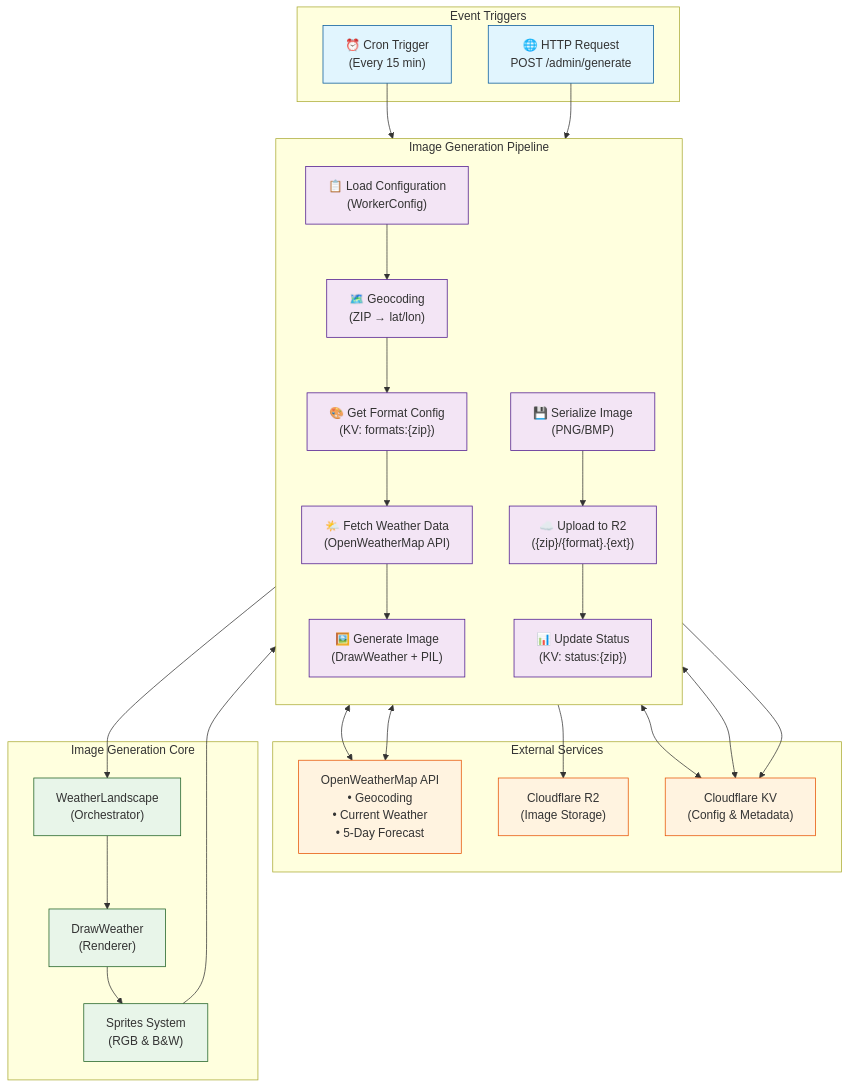
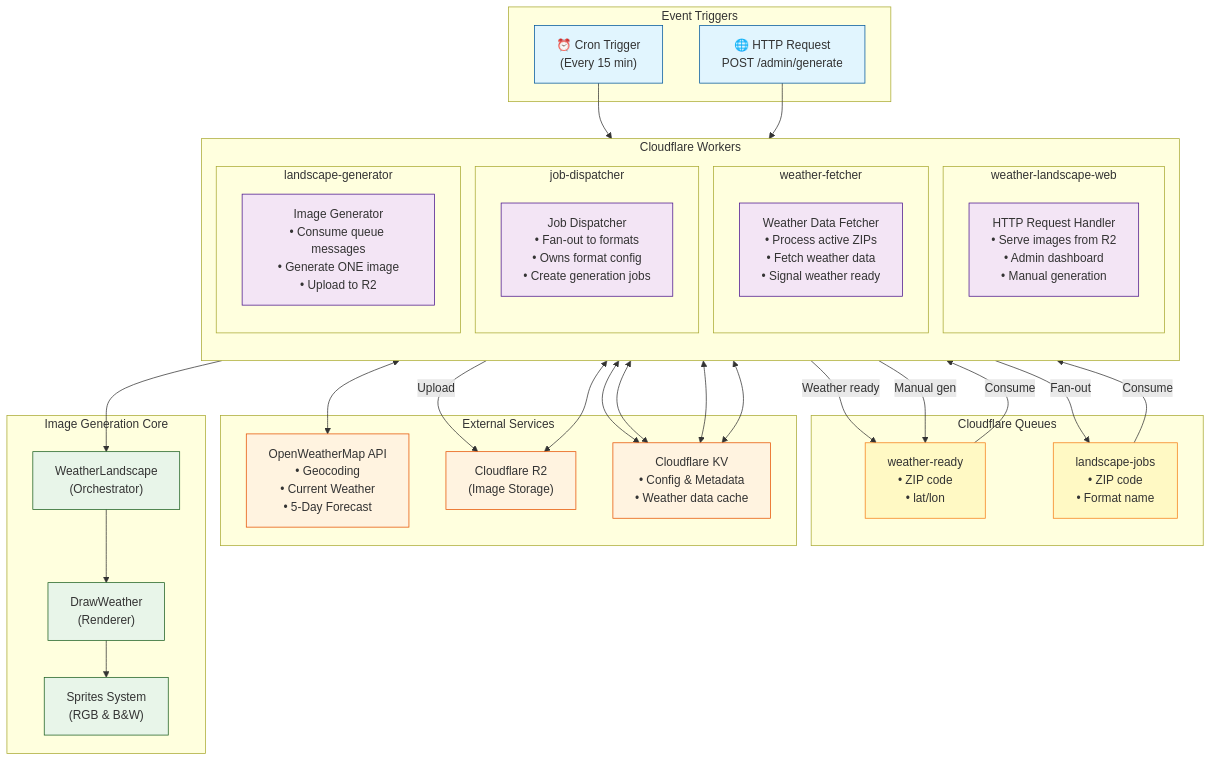
The first of 3 diagrams in src/README.md (NetfallNetworks/weather_landscape), drawn with Mermaid before and after one commit. The commit also changed other lines of this file and 130 other files, not shown here.

Commit message:
feat: rearchitect the image generation pipeline (#14)

````diff
--- a/src/README.md
+++ b/src/README.md
@@ -15,22 +15,35 @@
         HTTP["🌐 HTTP Request<br/>POST /admin/generate"]
     end
 
-    subgraph Pipeline["Image Generation Pipeline"]
+    subgraph Workers["Cloudflare Workers"]
         direction TB
-        CONFIG["📋 Load Configuration<br/>(WorkerConfig)"]
-        GEO["🗺️ Geocoding<br/>(ZIP → lat/lon)"]
-        FORMATS["🎨 Get Format Config<br/>(KV: formats:{zip})"]
-        WEATHER["🌤️ Fetch Weather Data<br/>(OpenWeatherMap API)"]
-        GENERATE["🖼️ Generate Image<br/>(DrawWeather + PIL)"]
-        SERIALIZE["💾 Serialize Image<br/>(PNG/BMP)"]
-        UPLOAD["☁️ Upload to R2<br/>({zip}/{format}.{ext})"]
-        STATUS["📊 Update Status<br/>(KV: status:{zip})"]
+
+        subgraph WebWorker["weather-landscape-web"]
+            WEB["HTTP Request Handler<br/>• Serve images from R2<br/>• Admin dashboard<br/>• Manual generation"]
+        end
+
+        subgraph FetcherWorker["weather-fetcher"]
+            FETCHER["Weather Data Fetcher<br/>• Process active ZIPs<br/>• Fetch weather data<br/>• Signal weather ready"]
+        end
+
+        subgraph DispatcherWorker["job-dispatcher"]
+            DISPATCHER["Job Dispatcher<br/>• Fan-out to formats<br/>• Owns format config<br/>• Create generation jobs"]
+        end
+
+        subgraph GeneratorWorker["landscape-generator"]
+            GENERATOR["Image Generator<br/>• Consume queue messages<br/>• Generate ONE image<br/>• Upload to R2"]
+        end
+    end
+
+    subgraph Queues["Cloudflare Queues"]
+        WEATHERQ["weather-ready<br/>• ZIP code<br/>• lat/lon"]
+        JOBQUEUE["landscape-jobs<br/>• ZIP code<br/>• Format name"]
     end
 
     subgraph External["External Services"]
         OWM["OpenWeatherMap API<br/>• Geocoding<br/>• Current Weather<br/>• 5-Day Forecast"]
         R2["Cloudflare R2<br/>(Image Storage)"]
-        KV["Cloudflare KV<br/>(Config & Metadata)"]
+        KV["Cloudflare KV<br/>• Config & Metadata<br/>• Weather data cache"]
     end
 
     subgraph Generation["Image Generation Core"]
@@ -39,32 +52,42 @@
         SPRITES["Sprites System<br/>(RGB & B&W)"]
     end
 
-    CRON --> CONFIG
-    HTTP --> CONFIG
-    CONFIG --> GEO
-    GEO <--> KV
-    GEO <--> OWM
-    GEO --> FORMATS
-    FORMATS <--> KV
-    FORMATS --> WEATHER
-    WEATHER <--> OWM
-    WEATHER --> GENERATE
-    GENERATE --> WL
+    %% Trigger flows
+    CRON --> FETCHER
+    HTTP --> WEB
+
+    %% Weather fetcher flow
+    FETCHER <--> KV
+    FETCHER <--> OWM
+    FETCHER -->|"Weather ready"| WEATHERQ
+
+    %% Dispatcher flow
+    WEATHERQ -->|"Consume"| DISPATCHER
+    DISPATCHER <--> KV
+    DISPATCHER -->|"Fan-out"| JOBQUEUE
+
+    %% Generator flow
+    JOBQUEUE -->|"Consume"| GENERATOR
+    GENERATOR <--> KV
+    GENERATOR --> WL
     WL --> DW
     DW --> SPRITES
-    SPRITES --> SERIALIZE
-    SERIALIZE --> UPLOAD
-    UPLOAD --> R2
-    UPLOAD --> STATUS
-    STATUS --> KV
+    GENERATOR -->|"Upload"| R2
+
+    %% Web worker flow
+    WEB <--> R2
+    WEB <--> KV
+    WEB -->|"Manual gen"| WEATHERQ
 
     classDef trigger fill:#e1f5fe,stroke:#01579b
-    classDef pipeline fill:#f3e5f5,stroke:#4a148c
+    classDef worker fill:#f3e5f5,stroke:#4a148c
+    classDef queue fill:#fff9c4,stroke:#f57f17
     classDef external fill:#fff3e0,stroke:#e65100
     classDef core fill:#e8f5e9,stroke:#1b5e20
 
     class CRON,HTTP trigger
-    class CONFIG,GEO,FORMATS,WEATHER,GENERATE,SERIALIZE,UPLOAD,STATUS pipeline
+    class WEB,FETCHER,DISPATCHER,GENERATOR worker
+    class WEATHERQ,JOBQUEUE queue
     class OWM,R2,KV external
     class WL,DW,SPRITES core
 ```
````
